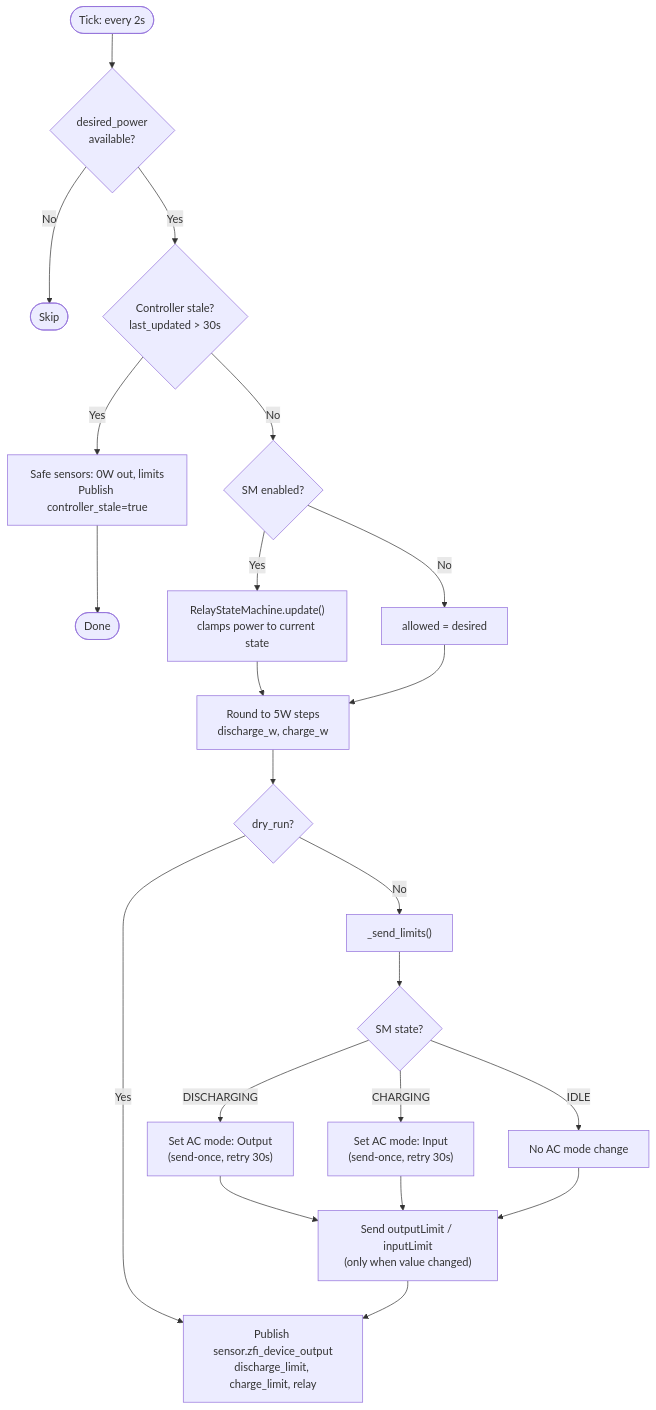
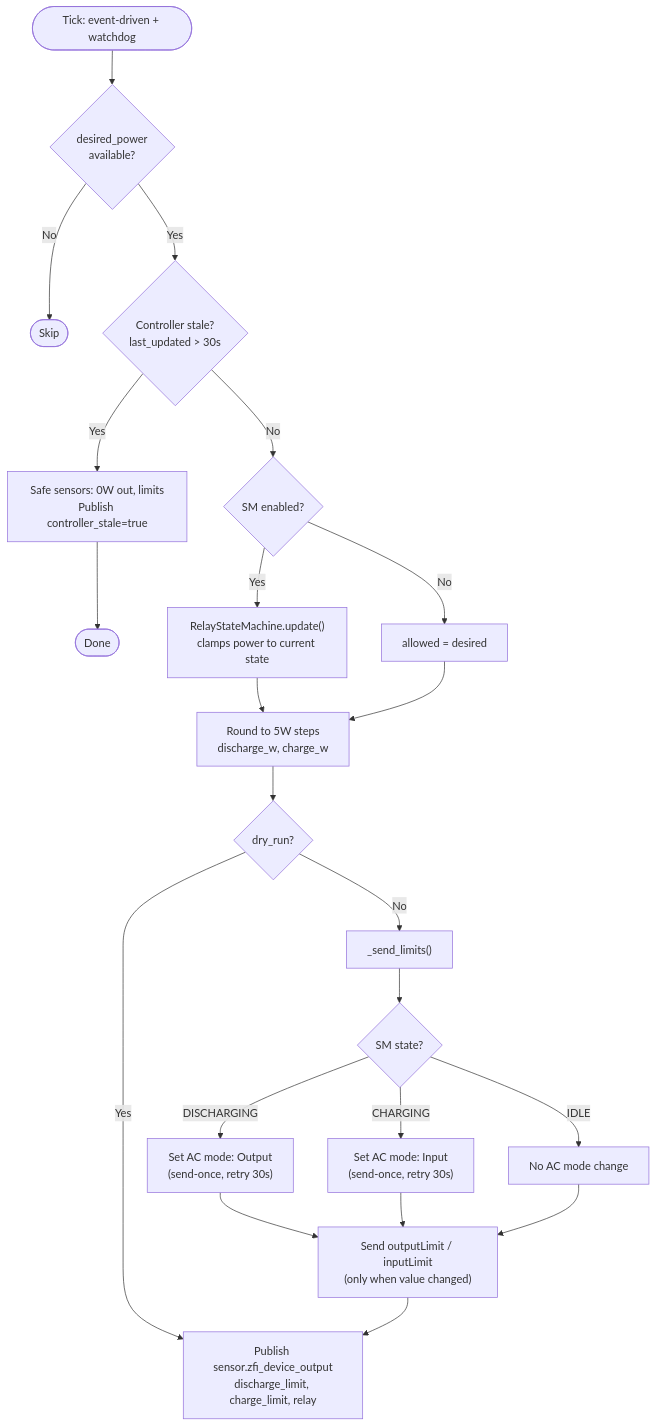
Before and after one commit to steffenruehl/ha-zero-feed-in: the second of 3 diagrams in docs/zero_feed_in_docs.md, drawn with Mermaid. The commit also changed other lines of this file and 8 other files, not shown here.

````diff
--- a/docs/zero_feed_in_docs.md
+++ b/docs/zero_feed_in_docs.md
@@ -443,34 +443,34 @@
 ```mermaid
 flowchart TD
-    A([Tick: every 2s]) --> B{desired_power<br>available?}
+    A([Tick: event-driven + watchdog]) --> B{desired_power<br>available?}
     B -- No --> Z([Skip])
     B -- Yes --> STALE{Controller stale?<br>last_updated > 30s}
     STALE -- Yes --> SAFE["Safe sensors: 0W out, limits<br>Publish controller_stale=true"]
     SAFE --> Z2([Done])
     STALE -- No --> SM{SM enabled?}
     SM -- Yes --> SMU["RelayStateMachine.update()<br>clamps power to current state"]
     SM -- No --> PASS["allowed = desired"]
     SMU --> RND
     PASS --> RND
 
     RND["Round to 5W steps<br>discharge_w, charge_w"]
 
     RND --> DRY{dry_run?}
     DRY -- Yes --> PUB
     DRY -- No --> SEND
 
     SEND["_send_limits()"]
     SEND --> ACM{"SM state?"}
     ACM -- DISCHARGING --> AO["Set AC mode: Output<br>(send-once, retry 30s)"]
     ACM -- CHARGING --> AI["Set AC mode: Input<br>(send-once, retry 30s)"]
     ACM -- IDLE --> SKIP_AC["No AC mode change"]
 
     AO --> LIM
     AI --> LIM
     SKIP_AC --> LIM
 
     LIM["Send outputLimit / inputLimit<br>(only when value changed)"]
 
     LIM --> PUB
     PUB["Publish sensor.zfi_device_output<br>discharge_limit, charge_limit, relay"]
 ```
````
